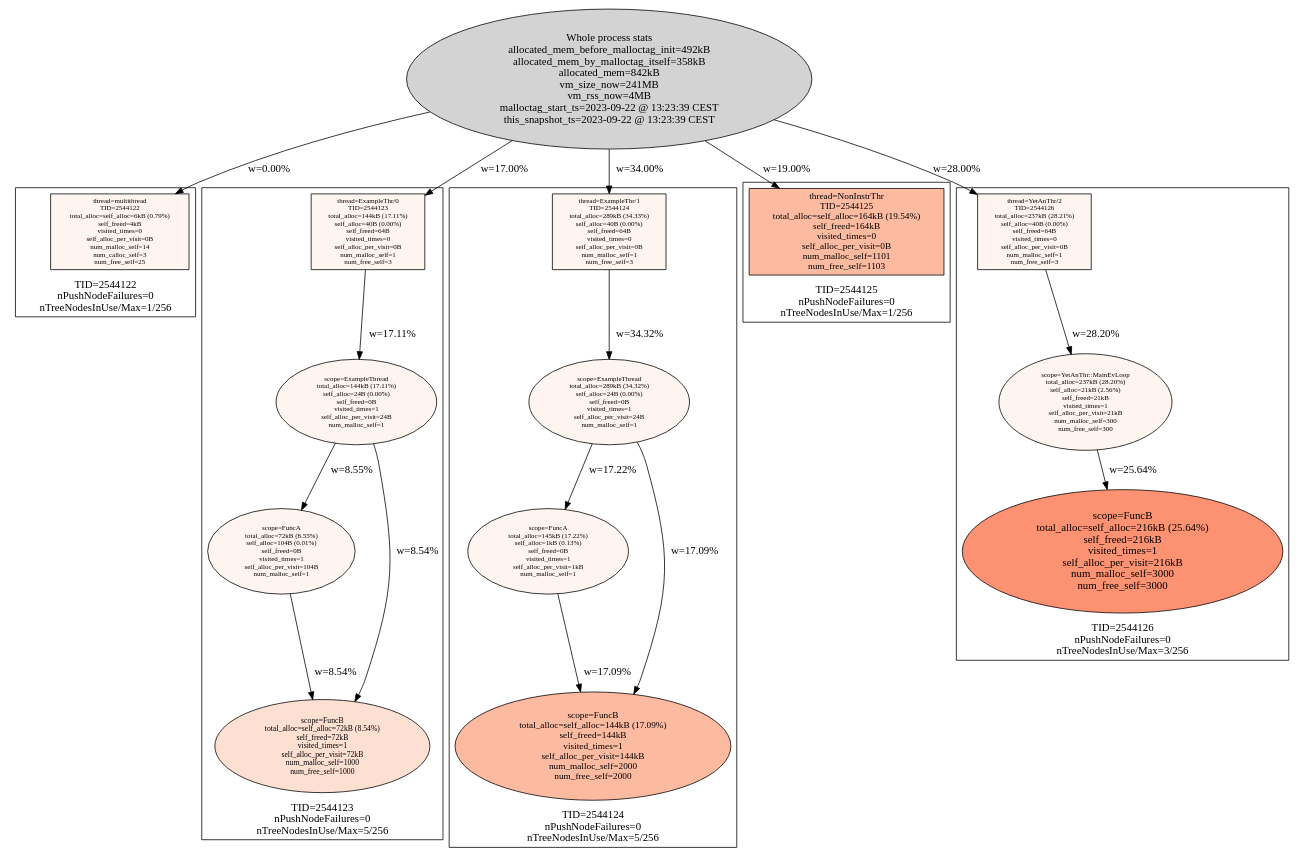
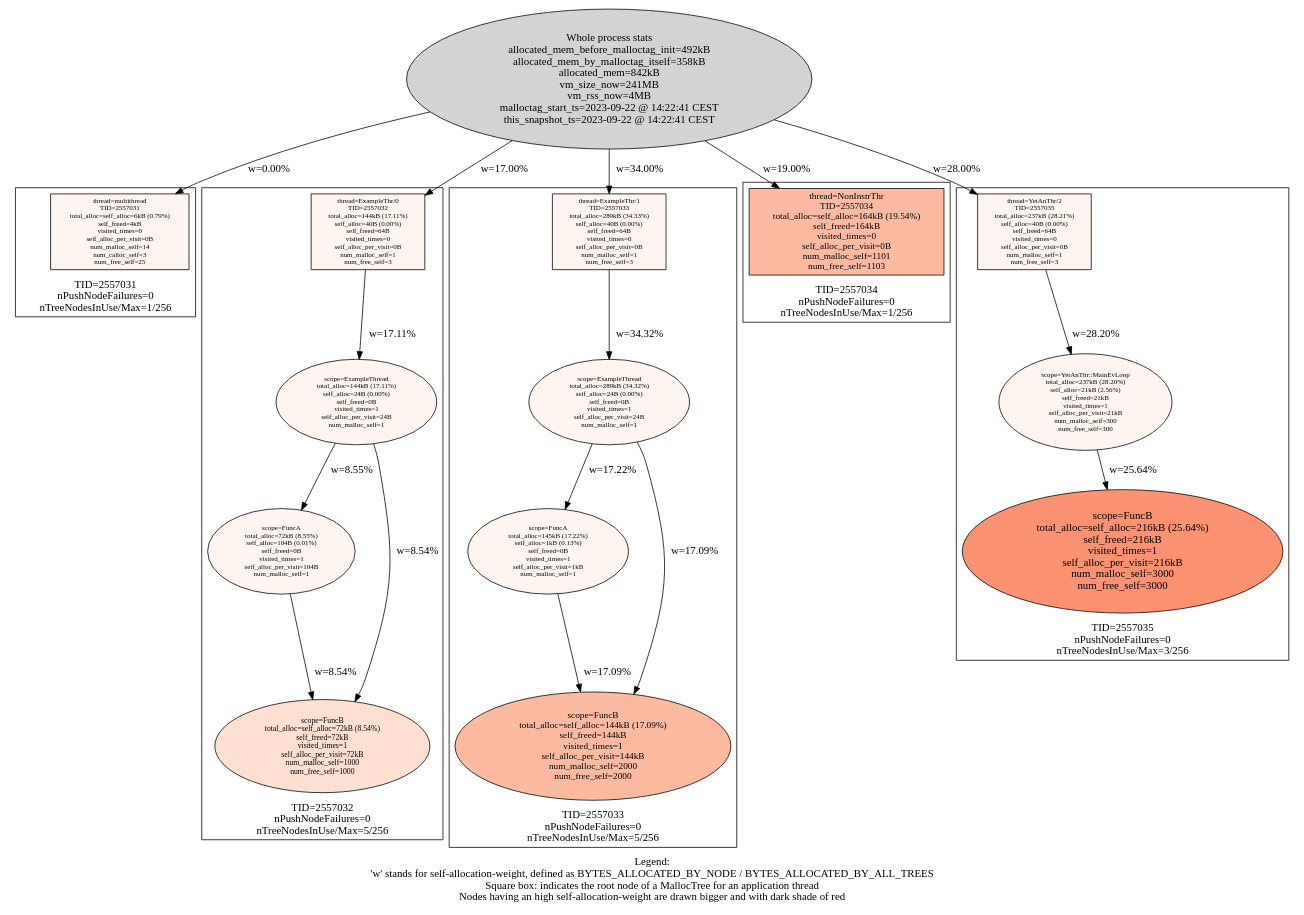
One commit to f18m/malloc-tag changed the diagram in examples/multithread/multithread_stats.dot. Above: the diagram before and after it, drawn with Graphviz. The commit also changed 6 other files, not shown here.

```diff
--- a/examples/multithread/multithread_stats.dot
+++ b/examples/multithread/multithread_stats.dot
@@ -1,80 +1,82 @@
 digraph AllMallocTrees {
  node [colorscheme=reds9 style=filled]
-  "Process 2544122" [label="Whole process stats\nallocated_mem_before_malloctag_init=492kB\nallocated_mem_by_malloctag_itself=358kB\nallocated_mem=842kB\nvm_size_now=241MB\nvm_rss_now=4MB\nmalloctag_start_ts=2023-09-22 @ 13:23:39 CEST\nthis_snapshot_ts=2023-09-22 @ 13:23:39 CEST\n"
+  "Process 2557031" [label="Whole process stats\nallocated_mem_before_malloctag_init=492kB\nallocated_mem_by_malloctag_itself=358kB\nallocated_mem=842kB\nvm_size_now=241MB\nvm_rss_now=4MB\nmalloctag_start_ts=2023-09-22 @ 14:22:41 CEST\nthis_snapshot_ts=2023-09-22 @ 14:22:41 CEST\n"
 ]
- subgraph cluster_TID2544122 {
+ subgraph cluster_TID2557031 {
   node [colorscheme=reds9 style=filled]
   labelloc="b"
-  label="TID=2544122\nnPushNodeFailures=0\nnTreeNodesInUse/Max=1/256\n"
-  "2544122_multithread" [label="thread=multithread\nTID=2544122\ntotal_alloc=self_alloc=6kB (0.79%)\nself_freed=4kB\nvisited_times=0\nself_alloc_per_visit=0B\nnum_malloc_self=14\nnum_calloc_self=3\nnum_free_self=25\n"
+  label="TID=2557031\nnPushNodeFailures=0\nnTreeNodesInUse/Max=1/256\n"
+  "2557031_multithread" [label="thread=multithread\nTID=2557031\ntotal_alloc=self_alloc=6kB (0.79%)\nself_freed=4kB\nvisited_times=0\nself_alloc_per_visit=0B\nnum_malloc_self=14\nnum_calloc_self=3\nnum_free_self=25\n"
  shape=box fillcolor=1 fontsize=9]
  }
 
-  "Process 2544122" -> "2544122_multithread" [label="w=0.00%"]
- subgraph cluster_TID2544123 {
+  "Process 2557031" -> "2557031_multithread" [label="w=0.00%"]
+ subgraph cluster_TID2557032 {
   node [colorscheme=reds9 style=filled]
   labelloc="b"
-  label="TID=2544123\nnPushNodeFailures=0\nnTreeNodesInUse/Max=5/256\n"
-  "2544123_ExampleThr/0" [label="thread=ExampleThr/0\nTID=2544123\ntotal_alloc=144kB (17.11%)\nself_alloc=40B (0.00%)\nself_freed=64B\nvisited_times=0\nself_alloc_per_visit=0B\nnum_malloc_self=1\nnum_free_self=3\n"
+  label="TID=2557032\nnPushNodeFailures=0\nnTreeNodesInUse/Max=5/256\n"
+  "2557032_ExampleThr/0" [label="thread=ExampleThr/0\nTID=2557032\ntotal_alloc=144kB (17.11%)\nself_alloc=40B (0.00%)\nself_freed=64B\nvisited_times=0\nself_alloc_per_visit=0B\nnum_malloc_self=1\nnum_free_self=3\n"
  shape=box fillcolor=1 fontsize=9]
-  "2544123_ExampleThr/0" -> "2544123_ExampleThread" [label="w=17.11%"]
-  "2544123_ExampleThread" [label="scope=ExampleThread\ntotal_alloc=144kB (17.11%)\nself_alloc=24B (0.00%)\nself_freed=0B\nvisited_times=1\nself_alloc_per_visit=24B\nnum_malloc_self=1\n"
+  "2557032_ExampleThr/0" -> "2557032_ExampleThread" [label="w=17.11%"]
+  "2557032_ExampleThread" [label="scope=ExampleThread\ntotal_alloc=144kB (17.11%)\nself_alloc=24B (0.00%)\nself_freed=0B\nvisited_times=1\nself_alloc_per_visit=24B\nnum_malloc_self=1\n"
  fillcolor=1 fontsize=9]
-  "2544123_ExampleThread" -> "2544123_FuncA" [label="w=8.55%"]
-  "2544123_ExampleThread" -> "2544123_FuncB" [label="w=8.54%"]
-  "2544123_FuncA" [label="scope=FuncA\ntotal_alloc=72kB (8.55%)\nself_alloc=104B (0.01%)\nself_freed=0B\nvisited_times=1\nself_alloc_per_visit=104B\nnum_malloc_self=1\n"
+  "2557032_ExampleThread" -> "2557032_FuncA" [label="w=8.55%"]
+  "2557032_ExampleThread" -> "2557032_FuncB" [label="w=8.54%"]
+  "2557032_FuncA" [label="scope=FuncA\ntotal_alloc=72kB (8.55%)\nself_alloc=104B (0.01%)\nself_freed=0B\nvisited_times=1\nself_alloc_per_visit=104B\nnum_malloc_self=1\n"
  fillcolor=1 fontsize=9]
-  "2544123_FuncA" -> "2544123_FuncB" [label="w=8.54%"]
-  "2544123_FuncB" [label="scope=FuncB\ntotal_alloc=self_alloc=72kB (8.54%)\nself_freed=72kB\nvisited_times=1\nself_alloc_per_visit=72kB\nnum_malloc_self=1000\nnum_free_self=1000\n"
+  "2557032_FuncA" -> "2557032_FuncB" [label="w=8.54%"]
+  "2557032_FuncB" [label="scope=FuncB\ntotal_alloc=self_alloc=72kB (8.54%)\nself_freed=72kB\nvisited_times=1\nself_alloc_per_visit=72kB\nnum_malloc_self=1000\nnum_free_self=1000\n"
  fillcolor=2 fontsize=10]
-  "2544123_FuncB" [label="scope=FuncB\ntotal_alloc=self_alloc=72kB (8.54%)\nself_freed=72kB\nvisited_times=1\nself_alloc_per_visit=72kB\nnum_malloc_self=1000\nnum_free_self=1000\n"
+  "2557032_FuncB" [label="scope=FuncB\ntotal_alloc=self_alloc=72kB (8.54%)\nself_freed=72kB\nvisited_times=1\nself_alloc_per_visit=72kB\nnum_malloc_self=1000\nnum_free_self=1000\n"
  fillcolor=2 fontsize=10]
  }
 
-  "Process 2544122" -> "2544123_ExampleThr/0" [label="w=17.00%"]
- subgraph cluster_TID2544124 {
+  "Process 2557031" -> "2557032_ExampleThr/0" [label="w=17.00%"]
+ subgraph cluster_TID2557033 {
   node [colorscheme=reds9 style=filled]
   labelloc="b"
-  label="TID=2544124\nnPushNodeFailures=0\nnTreeNodesInUse/Max=5/256\n"
-  "2544124_ExampleThr/1" [label="thread=ExampleThr/1\nTID=2544124\ntotal_alloc=289kB (34.33%)\nself_alloc=40B (0.00%)\nself_freed=64B\nvisited_times=0\nself_alloc_per_visit=0B\nnum_malloc_self=1\nnum_free_self=3\n"
+  label="TID=2557033\nnPushNodeFailures=0\nnTreeNodesInUse/Max=5/256\n"
+  "2557033_ExampleThr/1" [label="thread=ExampleThr/1\nTID=2557033\ntotal_alloc=289kB (34.33%)\nself_alloc=40B (0.00%)\nself_freed=64B\nvisited_times=0\nself_alloc_per_visit=0B\nnum_malloc_self=1\nnum_free_self=3\n"
  shape=box fillcolor=1 fontsize=9]
-  "2544124_ExampleThr/1" -> "2544124_ExampleThread" [label="w=34.32%"]
-  "2544124_ExampleThread" [label="scope=ExampleThread\ntotal_alloc=289kB (34.32%)\nself_alloc=24B (0.00%)\nself_freed=0B\nvisited_times=1\nself_alloc_per_visit=24B\nnum_malloc_self=1\n"
+  "2557033_ExampleThr/1" -> "2557033_ExampleThread" [label="w=34.32%"]
+  "2557033_ExampleThread" [label="scope=ExampleThread\ntotal_alloc=289kB (34.32%)\nself_alloc=24B (0.00%)\nself_freed=0B\nvisited_times=1\nself_alloc_per_visit=24B\nnum_malloc_self=1\n"
  fillcolor=1 fontsize=9]
-  "2544124_ExampleThread" -> "2544124_FuncA" [label="w=17.22%"]
-  "2544124_ExampleThread" -> "2544124_FuncB" [label="w=17.09%"]
-  "2544124_FuncA" [label="scope=FuncA\ntotal_alloc=145kB (17.22%)\nself_alloc=1kB (0.13%)\nself_freed=0B\nvisited_times=1\nself_alloc_per_visit=1kB\nnum_malloc_self=1\n"
+  "2557033_ExampleThread" -> "2557033_FuncA" [label="w=17.22%"]
+  "2557033_ExampleThread" -> "2557033_FuncB" [label="w=17.09%"]
+  "2557033_FuncA" [label="scope=FuncA\ntotal_alloc=145kB (17.22%)\nself_alloc=1kB (0.13%)\nself_freed=0B\nvisited_times=1\nself_alloc_per_visit=1kB\nnum_malloc_self=1\n"
  fillcolor=1 fontsize=9]
-  "2544124_FuncA" -> "2544124_FuncB" [label="w=17.09%"]
-  "2544124_FuncB" [label="scope=FuncB\ntotal_alloc=self_alloc=144kB (17.09%)\nself_freed=144kB\nvisited_times=1\nself_alloc_per_visit=144kB\nnum_malloc_self=2000\nnum_free_self=2000\n"
+  "2557033_FuncA" -> "2557033_FuncB" [label="w=17.09%"]
+  "2557033_FuncB" [label="scope=FuncB\ntotal_alloc=self_alloc=144kB (17.09%)\nself_freed=144kB\nvisited_times=1\nself_alloc_per_visit=144kB\nnum_malloc_self=2000\nnum_free_self=2000\n"
  fillcolor=3 fontsize=12]
-  "2544124_FuncB" [label="scope=FuncB\ntotal_alloc=self_alloc=144kB (17.09%)\nself_freed=144kB\nvisited_times=1\nself_alloc_per_visit=144kB\nnum_malloc_self=2000\nnum_free_self=2000\n"
+  "2557033_FuncB" [label="scope=FuncB\ntotal_alloc=self_alloc=144kB (17.09%)\nself_freed=144kB\nvisited_times=1\nself_alloc_per_visit=144kB\nnum_malloc_self=2000\nnum_free_self=2000\n"
  fillcolor=3 fontsize=12]
  }
 
-  "Process 2544122" -> "2544124_ExampleThr/1" [label="w=34.00%"]
- subgraph cluster_TID2544125 {
+  "Process 2557031" -> "2557033_ExampleThr/1" [label="w=34.00%"]
+ subgraph cluster_TID2557034 {
   node [colorscheme=reds9 style=filled]
   labelloc="b"
-  label="TID=2544125\nnPushNodeFailures=0\nnTreeNodesInUse/Max=1/256\n"
-  "2544125_NonInstrThr" [label="thread=NonInstrThr\nTID=2544125\ntotal_alloc=self_alloc=164kB (19.54%)\nself_freed=164kB\nvisited_times=0\nself_alloc_per_visit=0B\nnum_malloc_self=1101\nnum_free_self=1103\n"
+  label="TID=2557034\nnPushNodeFailures=0\nnTreeNodesInUse/Max=1/256\n"
+  "2557034_NonInstrThr" [label="thread=NonInstrThr\nTID=2557034\ntotal_alloc=self_alloc=164kB (19.54%)\nself_freed=164kB\nvisited_times=0\nself_alloc_per_visit=0B\nnum_malloc_self=1101\nnum_free_self=1103\n"
  shape=box fillcolor=3 fontsize=12]
  }
 
-  "Process 2544122" -> "2544125_NonInstrThr" [label="w=19.00%"]
- subgraph cluster_TID2544126 {
+  "Process 2557031" -> "2557034_NonInstrThr" [label="w=19.00%"]
+ subgraph cluster_TID2557035 {
   node [colorscheme=reds9 style=filled]
   labelloc="b"
-  label="TID=2544126\nnPushNodeFailures=0\nnTreeNodesInUse/Max=3/256\n"
-  "2544126_YetAnThr/2" [label="thread=YetAnThr/2\nTID=2544126\ntotal_alloc=237kB (28.21%)\nself_alloc=40B (0.00%)\nself_freed=64B\nvisited_times=0\nself_alloc_per_visit=0B\nnum_malloc_self=1\nnum_free_self=3\n"
+  label="TID=2557035\nnPushNodeFailures=0\nnTreeNodesInUse/Max=3/256\n"
+  "2557035_YetAnThr/2" [label="thread=YetAnThr/2\nTID=2557035\ntotal_alloc=237kB (28.21%)\nself_alloc=40B (0.00%)\nself_freed=64B\nvisited_times=0\nself_alloc_per_visit=0B\nnum_malloc_self=1\nnum_free_self=3\n"
  shape=box fillcolor=1 fontsize=9]
-  "2544126_YetAnThr/2" -> "2544126_YetAnThr::MainEvLoop" [label="w=28.20%"]
-  "2544126_YetAnThr::MainEvLoop" [label="scope=YetAnThr::MainEvLoop\ntotal_alloc=237kB (28.20%)\nself_alloc=21kB (2.56%)\nself_freed=21kB\nvisited_times=1\nself_alloc_per_visit=21kB\nnum_malloc_self=300\nnum_free_self=300\n"
+  "2557035_YetAnThr/2" -> "2557035_YetAnThr::MainEvLoop" [label="w=28.20%"]
+  "2557035_YetAnThr::MainEvLoop" [label="scope=YetAnThr::MainEvLoop\ntotal_alloc=237kB (28.20%)\nself_alloc=21kB (2.56%)\nself_freed=21kB\nvisited_times=1\nself_alloc_per_visit=21kB\nnum_malloc_self=300\nnum_free_self=300\n"
  fillcolor=1 fontsize=9]
-  "2544126_YetAnThr::MainEvLoop" -> "2544126_FuncB" [label="w=25.64%"]
-  "2544126_FuncB" [label="scope=FuncB\ntotal_alloc=self_alloc=216kB (25.64%)\nself_freed=216kB\nvisited_times=1\nself_alloc_per_visit=216kB\nnum_malloc_self=3000\nnum_free_self=3000\n"
+  "2557035_YetAnThr::MainEvLoop" -> "2557035_FuncB" [label="w=25.64%"]
+  "2557035_FuncB" [label="scope=FuncB\ntotal_alloc=self_alloc=216kB (25.64%)\nself_freed=216kB\nvisited_times=1\nself_alloc_per_visit=216kB\nnum_malloc_self=3000\nnum_free_self=3000\n"
  fillcolor=4 fontsize=14]
  }
 
-  "Process 2544122" -> "2544126_YetAnThr/2" [label="w=28.00%"]
+  "Process 2557031" -> "2557035_YetAnThr/2" [label="w=28.00%"]
+ labelloc="b"
+ label="Legend:\n'w' stands for self-allocation-weight, defined as BYTES_ALLOCATED_BY_NODE / BYTES_ALLOCATED_BY_ALL_TREES\nSquare box: indicates the root node of a MallocTree for an application thread\nNodes having an high self-allocation-weight are drawn bigger and with dark shade of red\n"
 }
```
